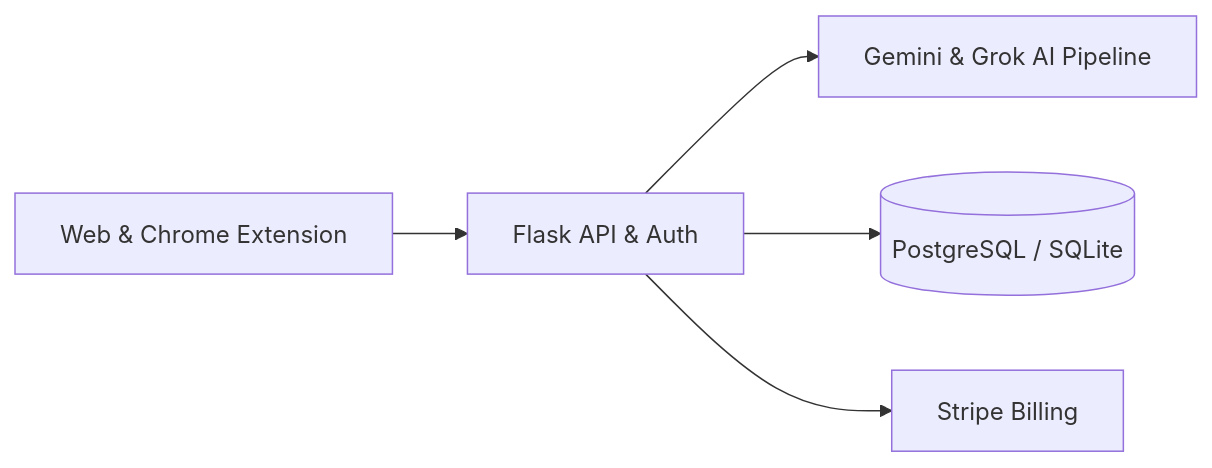
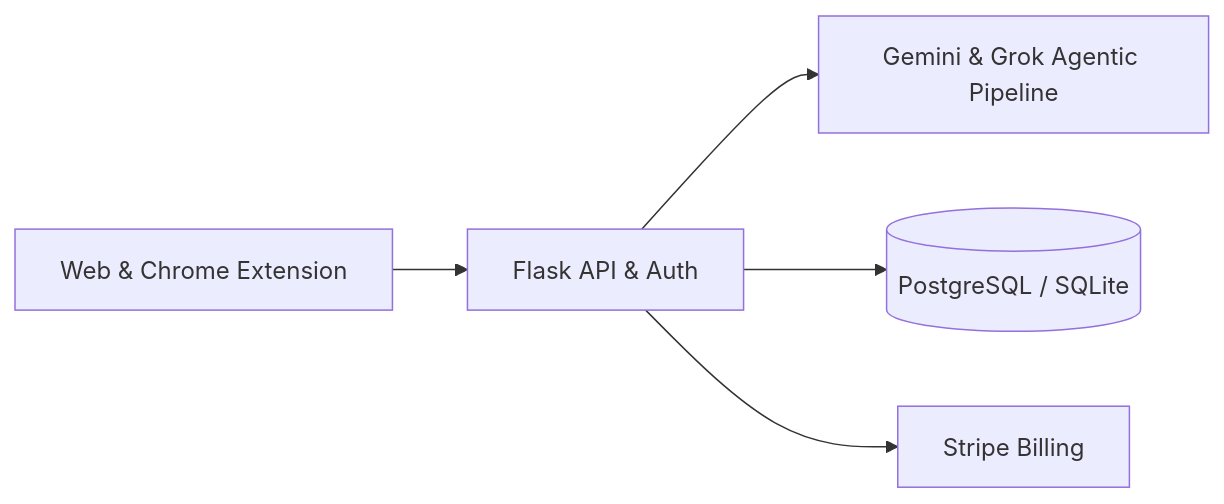
Before and after one commit to defluff/satoricheck: the diagram in README.md, drawn with Mermaid. The commit also changed other lines of this file and 2 other files, not shown here.

````diff
--- a/README.md
+++ b/README.md
@@ -60,7 +60,7 @@
 ```mermaid
 graph LR
     Client[Web & Chrome Extension] --> API[Flask API & Auth]
-    API --> AI[Gemini & Grok AI Pipeline]
+    API --> AI[Gemini & Grok Agentic Pipeline]
     API --> DB[(PostgreSQL / SQLite)]
     API --> Stripe[Stripe Billing]
 ```
````
